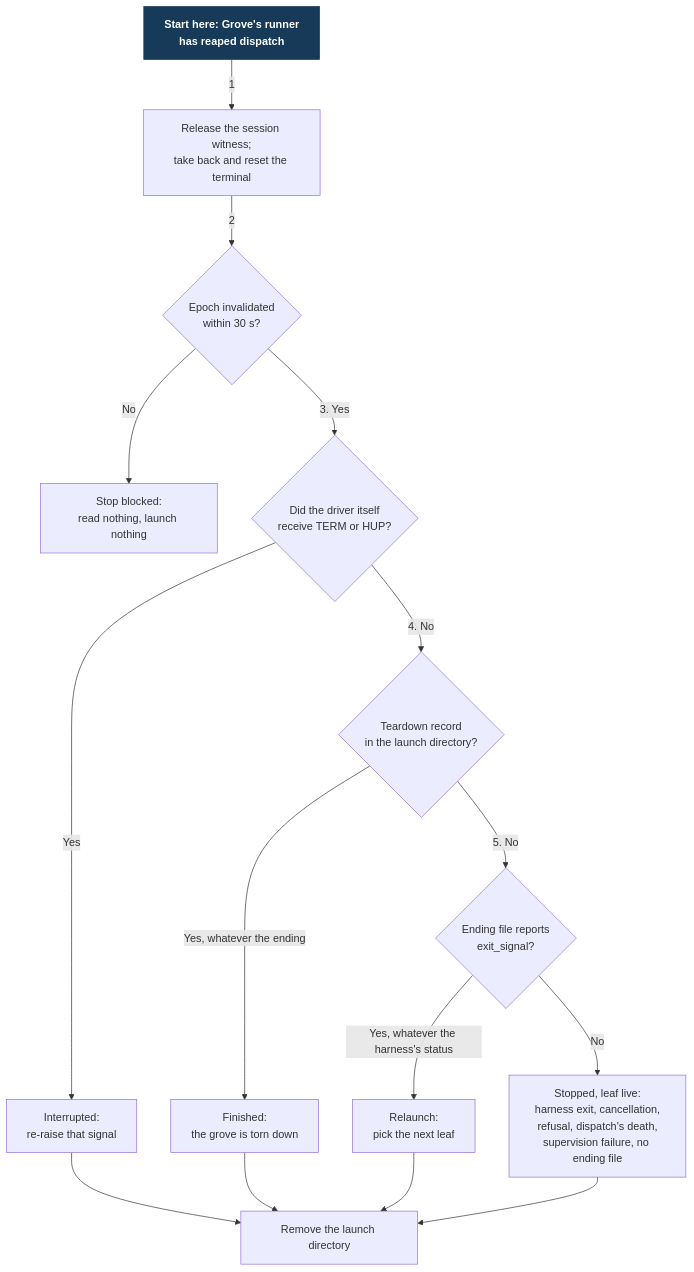
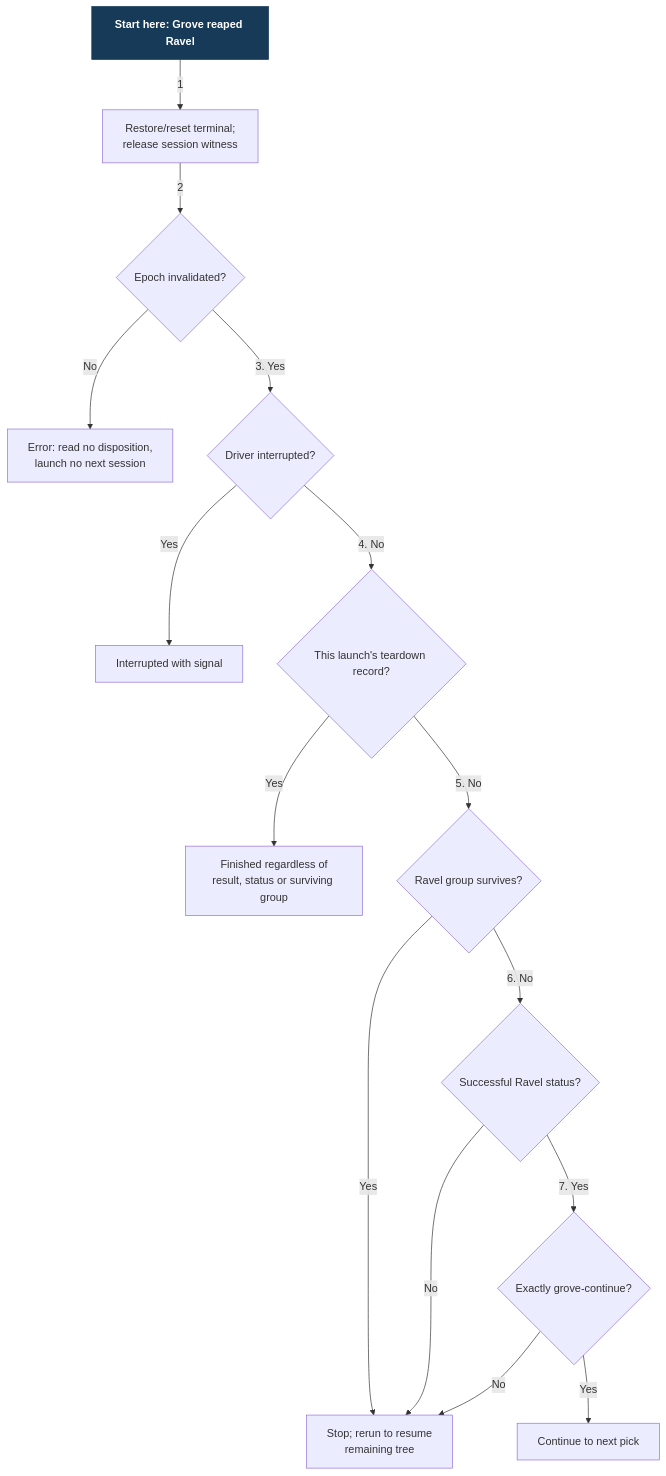
Before and after one commit to Linkuistics/grove: the diagram in docs/design/harness-selection-and-execution/loop-decision.mmd, drawn with Mermaid. The commit also changed 18 other files, not shown here.

Commit message:
grove-ravel-caller-views-k56: reconcile caller spec and views; decompose grove-ravel-docs-k12

```diff
--- a/docs/design/harness-selection-and-execution/loop-decision.mmd
+++ b/docs/design/harness-selection-and-execution/loop-decision.mmd
@@ -1,28 +1,33 @@
 flowchart TB
-  Start["Start here: Grove's runner\nhas reaped dispatch"]:::start
-  Witness["Release the session witness;\ntake back and reset the terminal"]
-  Epoch{"Epoch invalidated\nwithin 30 s?"}
-  Blocked["Stop blocked:\nread nothing, launch nothing"]
-  Interrupted{"Did the driver itself\nreceive TERM or HUP?"}
-  Raise["Interrupted:\nre-raise that signal"]
-  Teardown{"Teardown record\nin the launch directory?"}
-  Finished["Finished:\nthe grove is torn down"]
-  Exit{"Ending file reports\nexit_signal?"}
-  Relaunch["Relaunch:\npick the next leaf"]
-  Stopped["Stopped, leaf live:\nharness exit, cancellation,\nrefusal, dispatch's death,\nsupervision failure, no ending file"]
-  Remove["Remove the launch directory"]
-  Start -->|"1"| Witness
-  Witness -->|"2"| Epoch
-  Epoch -->|"No"| Blocked
-  Epoch -->|"3. Yes"| Interrupted
-  Interrupted -->|"Yes"| Raise
-  Interrupted -->|"4. No"| Teardown
-  Teardown -->|"Yes, whatever the ending"| Finished
-  Teardown -->|"5. No"| Exit
-  Exit -->|"Yes, whatever the harness's status"| Relaunch
-  Exit -->|"No"| Stopped
-  Raise --> Remove
-  Finished --> Remove
-  Relaunch --> Remove
-  Stopped --> Remove
+  Start["Start here: Grove reaped Ravel"]:::start
+  Restore["Restore/reset terminal;
+release session witness"]
+  Epoch{"Epoch invalidated?"}
+  Fatal["Error: read no disposition,
+launch no next session"]
+  Interrupt{"Driver interrupted?"}
+  Interrupted["Interrupted with signal"]
+  Teardown{"This launch's teardown record?"}
+  Finished["Finished regardless of
+result, status or surviving group"]
+  Group{"Ravel group survives?"}
+  Status{"Successful Ravel status?"}
+  Result{"Exactly grove-continue?"}
+  Continue["Continue to next pick"]
+  Stop["Stop; rerun to resume
+remaining tree"]
+  Start -->|"1"| Restore
+  Restore -->|"2"| Epoch
+  Epoch -->|"No"| Fatal
+  Epoch -->|"3. Yes"| Interrupt
+  Interrupt -->|"Yes"| Interrupted
+  Interrupt -->|"4. No"| Teardown
+  Teardown -->|"Yes"| Finished
+  Teardown -->|"5. No"| Group
+  Group -->|"Yes"| Stop
+  Group -->|"6. No"| Status
+  Status -->|"No"| Stop
+  Status -->|"7. Yes"| Result
+  Result -->|"Yes"| Continue
+  Result -->|"No"| Stop
   classDef start fill:#163a57,color:#fff,stroke:#163a57,font-weight:bold
```
